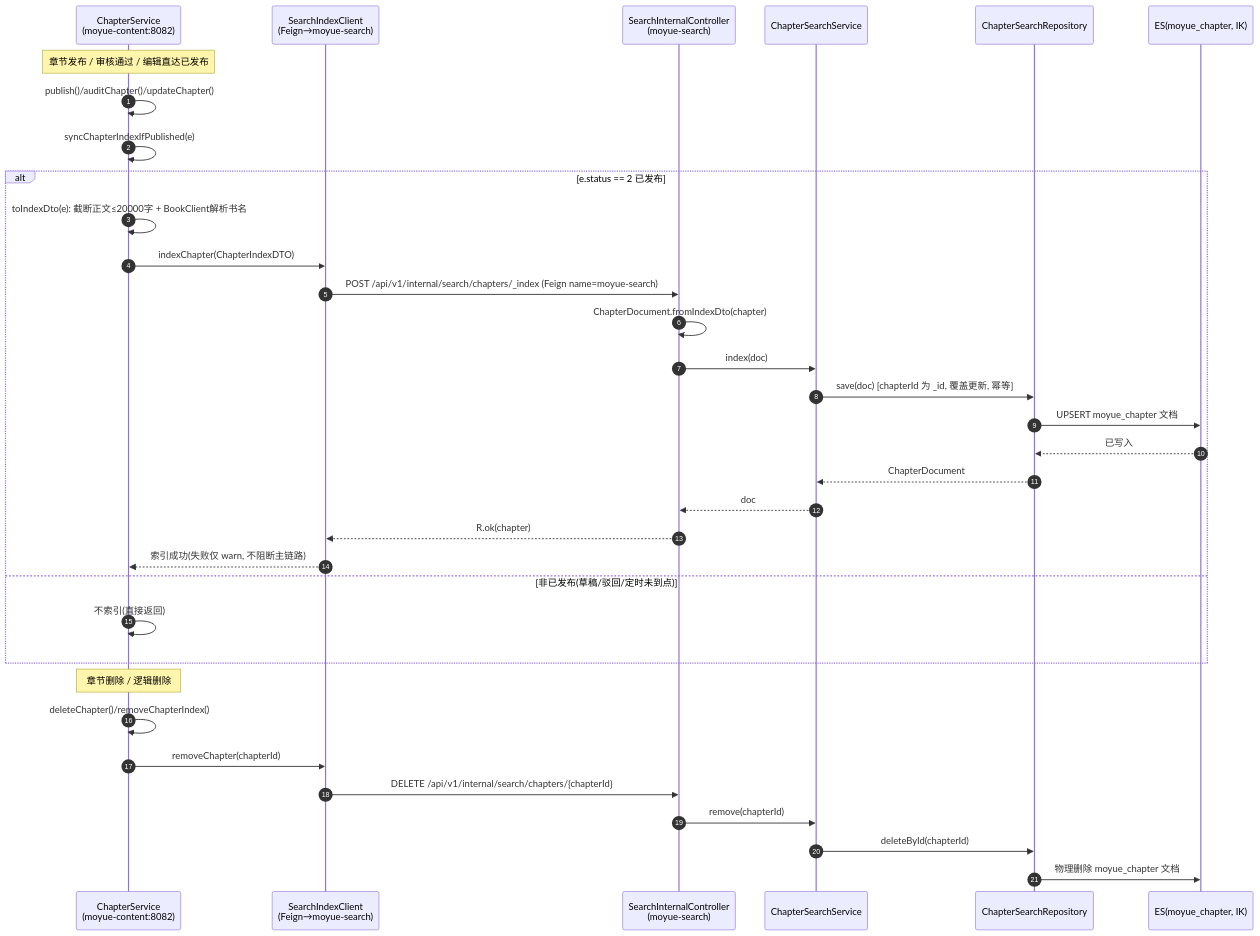
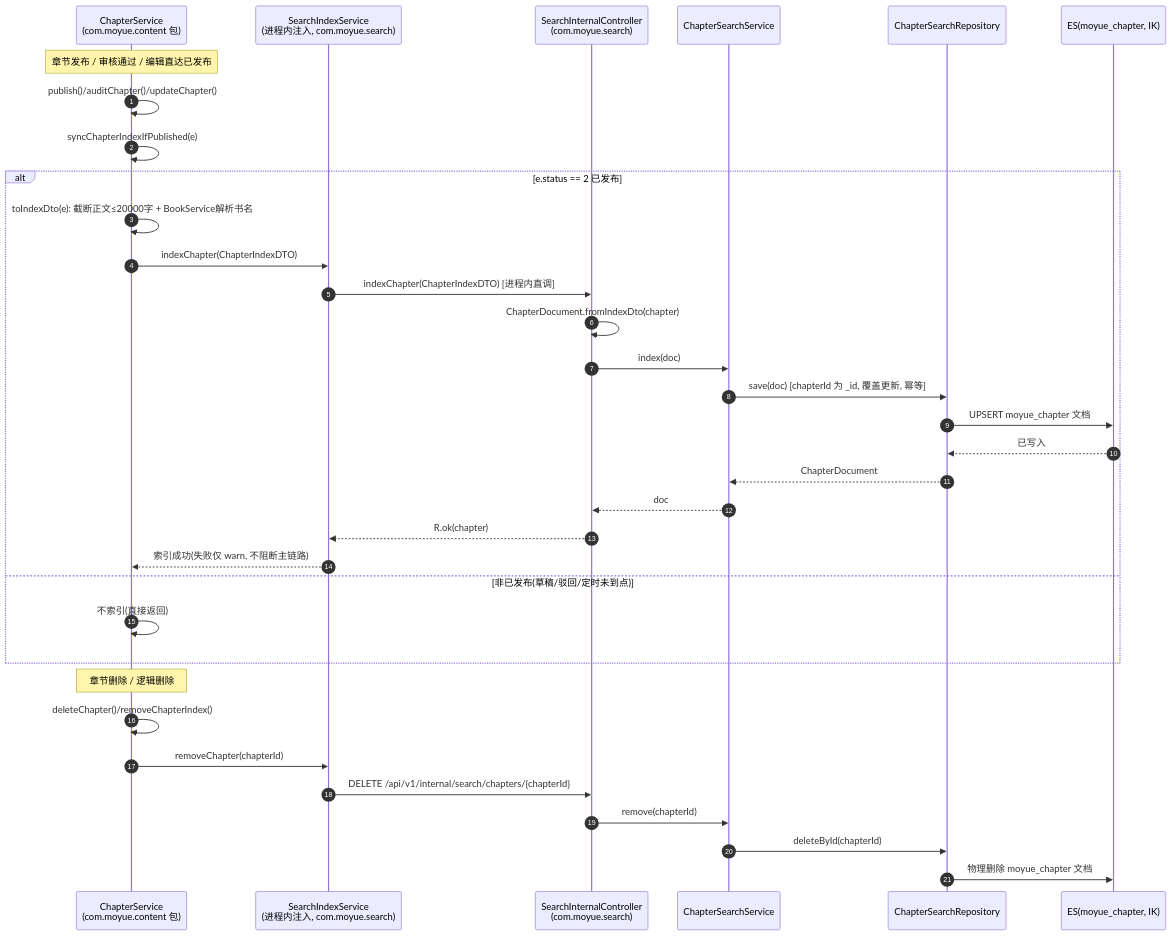
One commit to linxi072/moyue-parent changed the second of 3 diagrams in docs/时序图/搜索推荐.md. Above: the diagram before and after it, drawn with Mermaid. The commit also changed other lines of this file and 10 other files, not shown here.

````diff
--- a/docs/时序图/搜索推荐.md
+++ b/docs/时序图/搜索推荐.md
@@ -63,38 +65,38 @@
 ```mermaid
 sequenceDiagram
     autonumber
-    participant CS as ChapterService<br/>(moyue-content:8082)
-    participant SIC as SearchIndexClient<br/>(Feign→moyue-search)
-    participant IC as SearchInternalController<br/>(moyue-search)
+    participant CS as ChapterService<br/>(com.moyue.content 包)
+    participant SIC as SearchIndexService<br/>(进程内注入, com.moyue.search)
+    participant IC as SearchInternalController<br/>(com.moyue.search)
     participant CS2 as ChapterSearchService
     participant CR as ChapterSearchRepository
     participant ES as ES(moyue_chapter, IK)
 
     Note over CS: 章节发布 / 审核通过 / 编辑直达已发布
     CS->>CS: publish()/auditChapter()/updateChapter()
     CS->>CS: syncChapterIndexIfPublished(e)
     alt e.status == 2 已发布
-        CS->>CS: toIndexDto(e): 截断正文≤20000字 + BookClient解析书名
+        CS->>CS: toIndexDto(e): 截断正文≤20000字 + BookService解析书名
         CS->>SIC: indexChapter(ChapterIndexDTO)
-        SIC->>IC: POST /api/v1/internal/search/chapters/_index (Feign name=moyue-search)
+        SIC->>IC: indexChapter(ChapterIndexDTO)  [进程内直调]
         IC->>IC: ChapterDocument.fromIndexDto(chapter)
         IC->>CS2: index(doc)
         CS2->>CR: save(doc)  [chapterId 为 _id, 覆盖更新, 幂等]
         CR->>ES: UPSERT moyue_chapter 文档
         ES-->>CR: 已写入
         CR-->>CS2: ChapterDocument
         CS2-->>IC: doc
         IC-->>SIC: R.ok(chapter)
         SIC-->>CS: 索引成功(失败仅 warn, 不阻断主链路)
     else 非已发布(草稿/驳回/定时未到点)
         CS->>CS: 不索引(直接返回)
     end
 
     Note over CS: 章节删除 / 逻辑删除
     CS->>CS: deleteChapter()/removeChapterIndex()
     CS->>SIC: removeChapter(chapterId)
     SIC->>IC: DELETE /api/v1/internal/search/chapters/{chapterId}
     IC->>CS2: remove(chapterId)
     CS2->>CR: deleteById(chapterId)
     CR->>ES: 物理删除 moyue_chapter 文档
 ```
````
